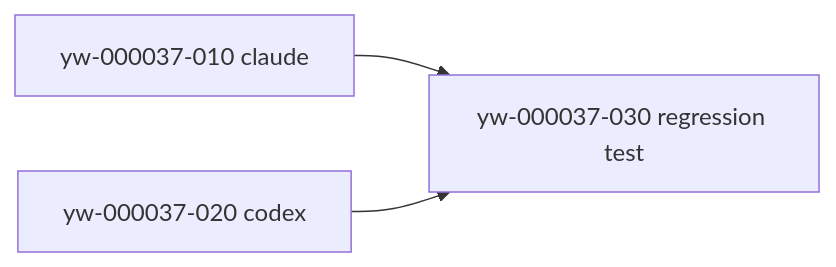
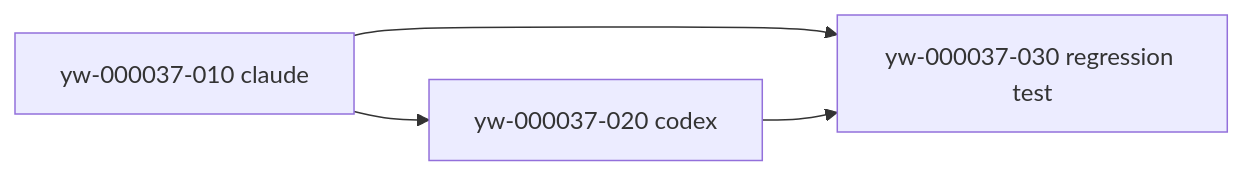
Diagram 28 of 28 in tasks/dependency-graph.md (yongwoon/ywc-agent-toolkit), drawn with Mermaid before and after one commit. The commit also changed other lines of this file and 4 other files, not shown here.

````diff
--- a/tasks/dependency-graph.md
+++ b/tasks/dependency-graph.md
@@ -1701,5 +1703,6 @@
 ```mermaid
 graph LR
-  A[yw-000037-010 claude] --> C[yw-000037-030 regression test]
-  B[yw-000037-020 codex] --> C
+  A[yw-000037-010 claude] --> B[yw-000037-020 codex]
+  A --> C[yw-000037-030 regression test]
+  B --> C
 ```
````
